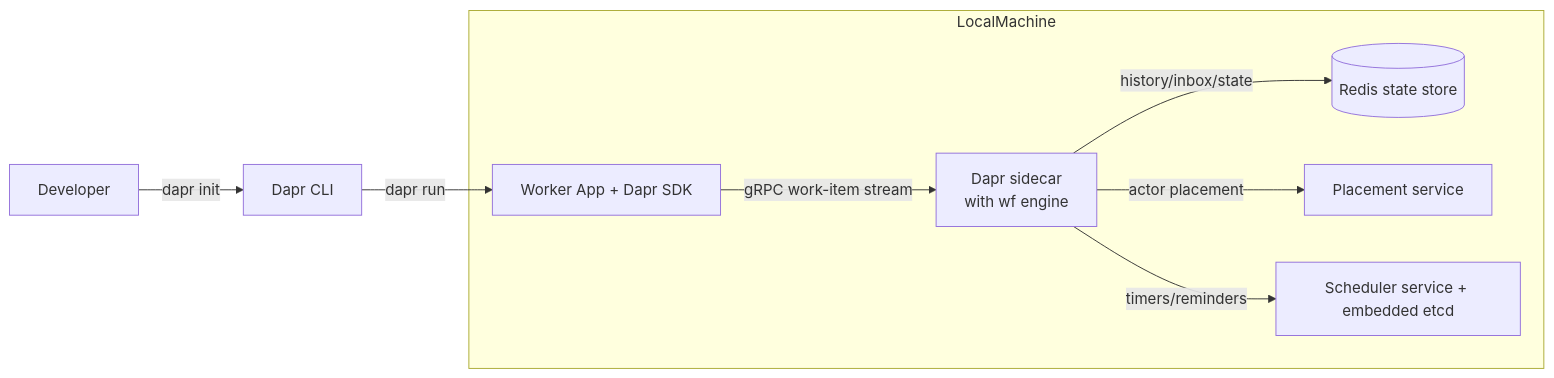
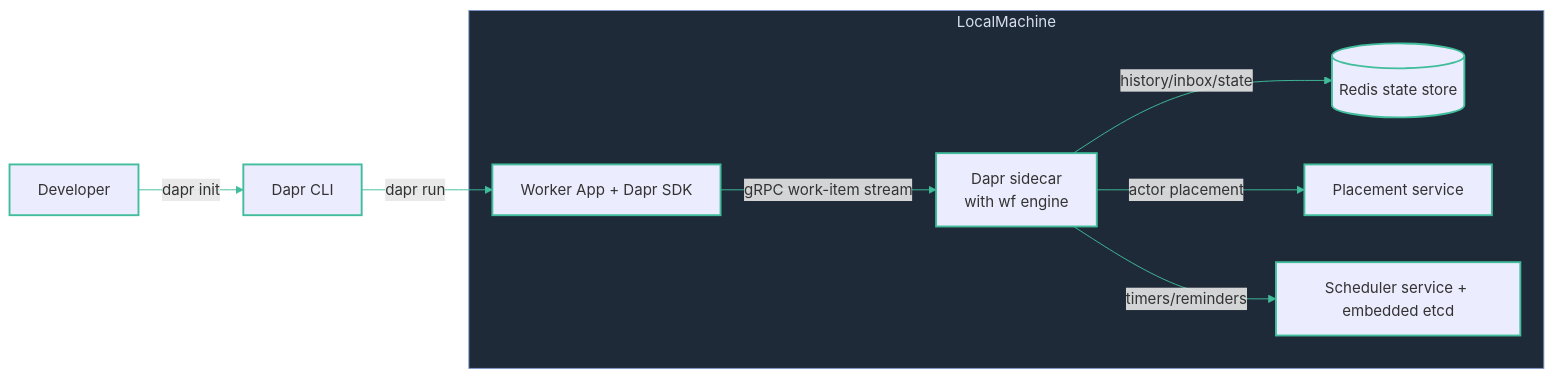
Before and after one commit to diagrid-labs/durable-execution-battle: the diagram in slides/01-dx/07-local-dapr.md, drawn with Mermaid. The commit also changed 51 other files, not shown here.

````diff
--- a/slides/01-dx/07-local-dapr.md
+++ b/slides/01-dx/07-local-dapr.md
@@ -10,12 +10,15 @@
 ```mermaid
 graph LR
   Dev[Developer] -->|dapr init| CLI[Dapr CLI]
   CLI -->|dapr run| App
   subgraph LocalMachine
     App[Worker App + Dapr SDK] -->|gRPC work-item stream| Sidecar[Dapr sidecar
      with wf engine]
     Sidecar -->|history/inbox/state| Store[(Redis state store)]
     Sidecar -->|actor placement| Placement[Placement service]
     Sidecar -->|timers/reminders| Scheduler[Scheduler service + embedded etcd]
   end
+  classDef default stroke:#41bd9b,stroke-width:2px
+  linkStyle default stroke:#41bd9b,stroke-width:1px
+  style LocalMachine fill:#1e2a38,stroke:#7c93c7,stroke-width:1px,color:#d6def0
 ```
````
